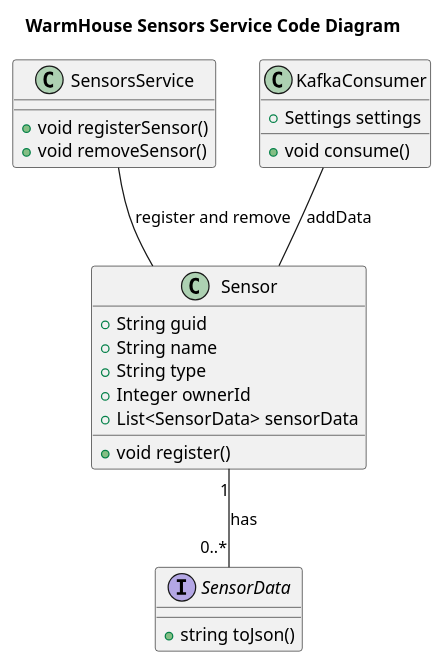
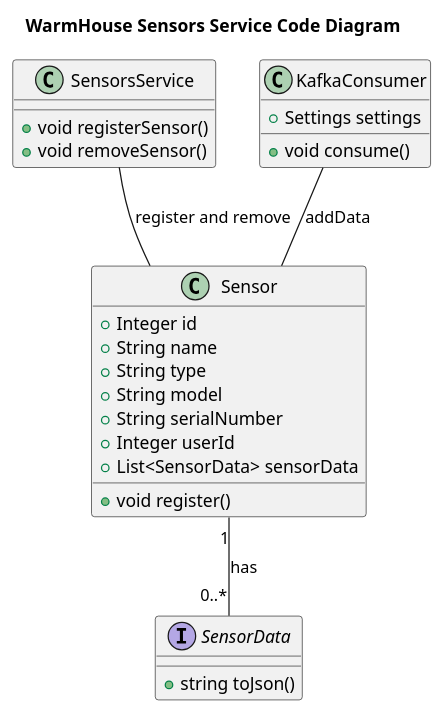
One commit to Tazya/architecture-sprint-3 changed the diagram in docs/С4_code_sensors.puml. Above: the diagram before and after it, drawn with PlantUML. The commit also changed 6 other files, not shown here.

```diff
--- a/docs/С4_code_sensors.puml
+++ b/docs/С4_code_sensors.puml
@@ -1,33 +1,35 @@
 @startuml
 title WarmHouse Sensors Service Code Diagram
 
 top to bottom direction
 
 class Sensor {
-  +String guid
+  +Integer id
   +String name
   +String type
-  +Integer ownerId
+  +String model
+  +String serialNumber
+  +Integer userId
   +List<SensorData> sensorData
   +void register()
 }
 
 interface SensorData {
   +string toJson()
 }
 
 class SensorsService {
   +void registerSensor()
   +void removeSensor()
 }
 
 class KafkaConsumer {
   +Settings settings
   +void consume()
 }
 
 Sensor "1" -- "0..*" SensorData : has
 KafkaConsumer -- Sensor : addData
 SensorsService -- Sensor : register and remove
 
 @enduml
```
